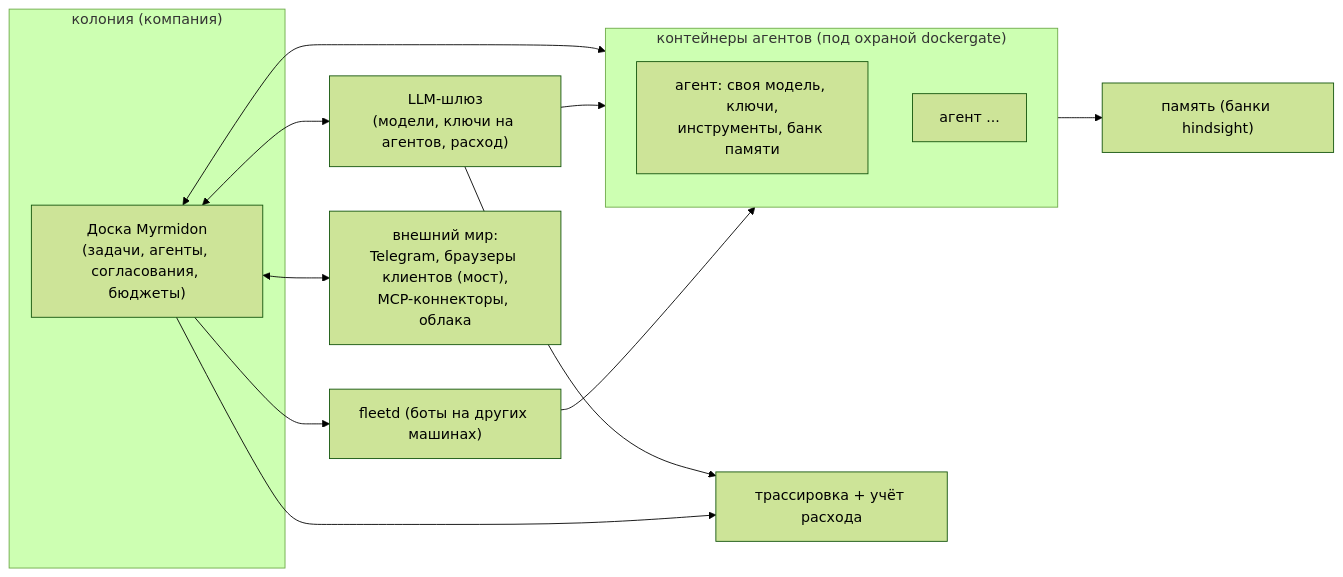
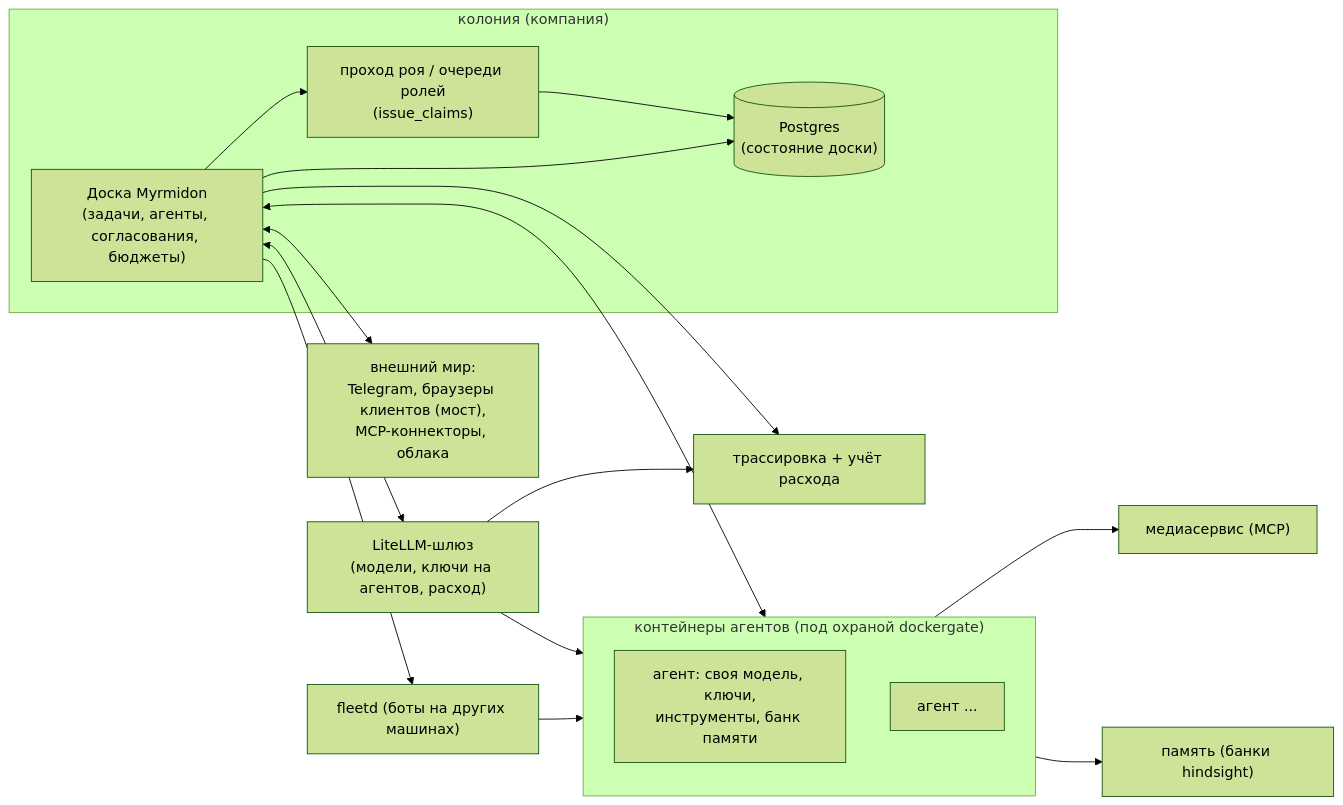
The diagram in README.ru.md (BastionPrime/myrmidon), drawn with Mermaid (forest theme) before and after one commit. The commit also changed other lines of this file and 7 other files, not shown here.

````diff
--- a/README.ru.md
+++ b/README.ru.md
@@ -208,29 +68,36 @@
 ```mermaid
 flowchart LR
     subgraph COLONY["колония (компания)"]
         BOARD["Доска Myrmidon<br/>(задачи, агенты, согласования, бюджеты)"]
+        SWARM["проход роя / очереди ролей<br/>(issue_claims)"]
+        DB[("Postgres<br/>(состояние доски)")]
     end
 
-    LLMGW["LLM-шлюз<br/>(модели, ключи на агентов, расход)"]
+    LLMGW["LiteLLM-шлюз<br/>(модели, ключи на агентов, расход)"]
     FLEET["fleetd (боты на других машинах)"]
 
     subgraph BOTS["контейнеры агентов (под охраной dockergate)"]
         AGENT1["агент: своя модель, ключи,<br/>инструменты, банк памяти"]
         AGENT2["агент ..."]
     end
 
+    MEDIA["медиасервис (MCP)"]
     MEM["память (банки hindsight)"]
     TRACE["трассировка + учёт расхода"]
 
     EXT["внешний мир:<br/>Telegram, браузеры клиентов (мост),<br/>MCP-коннекторы, облака"]
 
+    BOARD --> SWARM
+    SWARM --> DB
+    BOARD --> DB
     BOARD <--> LLMGW
     BOARD <--> BOTS
     BOARD <--> EXT
     LLMGW --> BOTS
+    BOTS --> MEDIA
     BOTS --> MEM
     LLMGW --> TRACE
     BOARD --> TRACE
     BOARD --> FLEET
     FLEET --> BOTS
 ```
````
